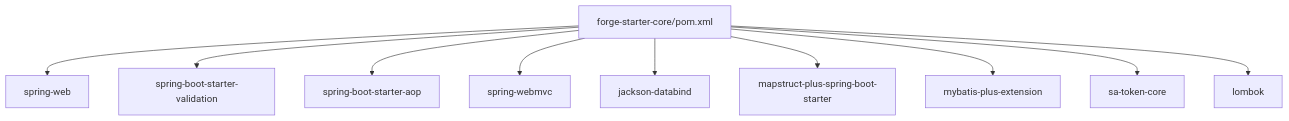
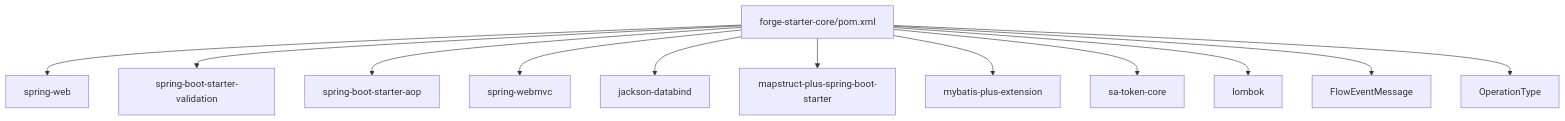
The fifth of 5 diagrams in .qoder/repowiki/zh/content/后端框架详解/核心模块/forge-starter-core 核心框架.md (yaomindong1996/forge-admin), drawn with Mermaid before and after one commit. The commit also changed other lines of this file and 76 other files, not shown here.

````diff
--- a/.qoder/repowiki/zh/content/后端框架详解/核心模块/forge-starter-core 核心框架.md
+++ b/.qoder/repowiki/zh/content/后端框架详解/核心模块/forge-starter-core 核心框架.md
@@ -299,22 +367,26 @@
 ```mermaid
 graph TB
 POM["forge-starter-core/pom.xml"]
 WEB["spring-web"]
 VALID["spring-boot-starter-validation"]
 AOP["spring-boot-starter-aop"]
 MVC["spring-webmvc"]
 JACK["jackson-databind"]
 MAPS["mapstruct-plus-spring-boot-starter"]
 MP["mybatis-plus-extension"]
 ST["sa-token-core"]
 LOMBOK["lombok"]
+FEM["FlowEventMessage"]
+OT["OperationType"]
 POM --> WEB
 POM --> VALID
 POM --> AOP
 POM --> MVC
 POM --> JACK
 POM --> MAPS
 POM --> MP
 POM --> ST
 POM --> LOMBOK
+POM --> FEM
+POM --> OT
 ```
````
